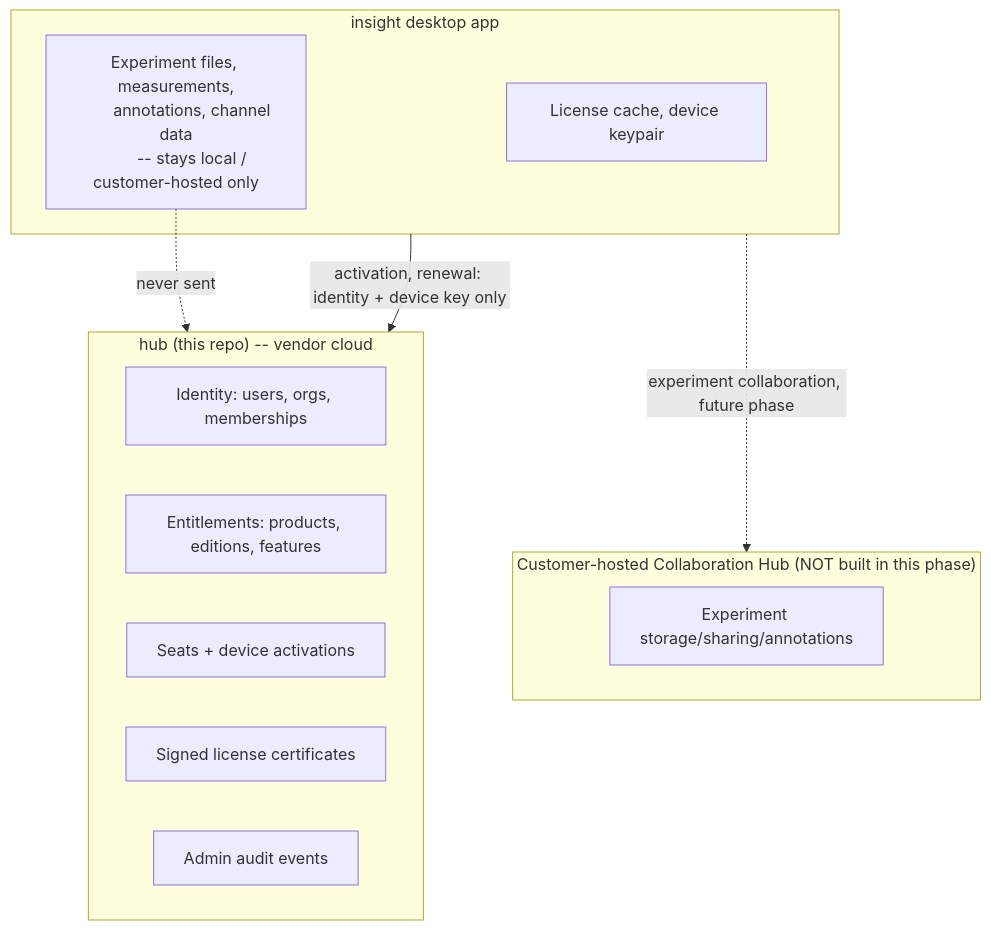
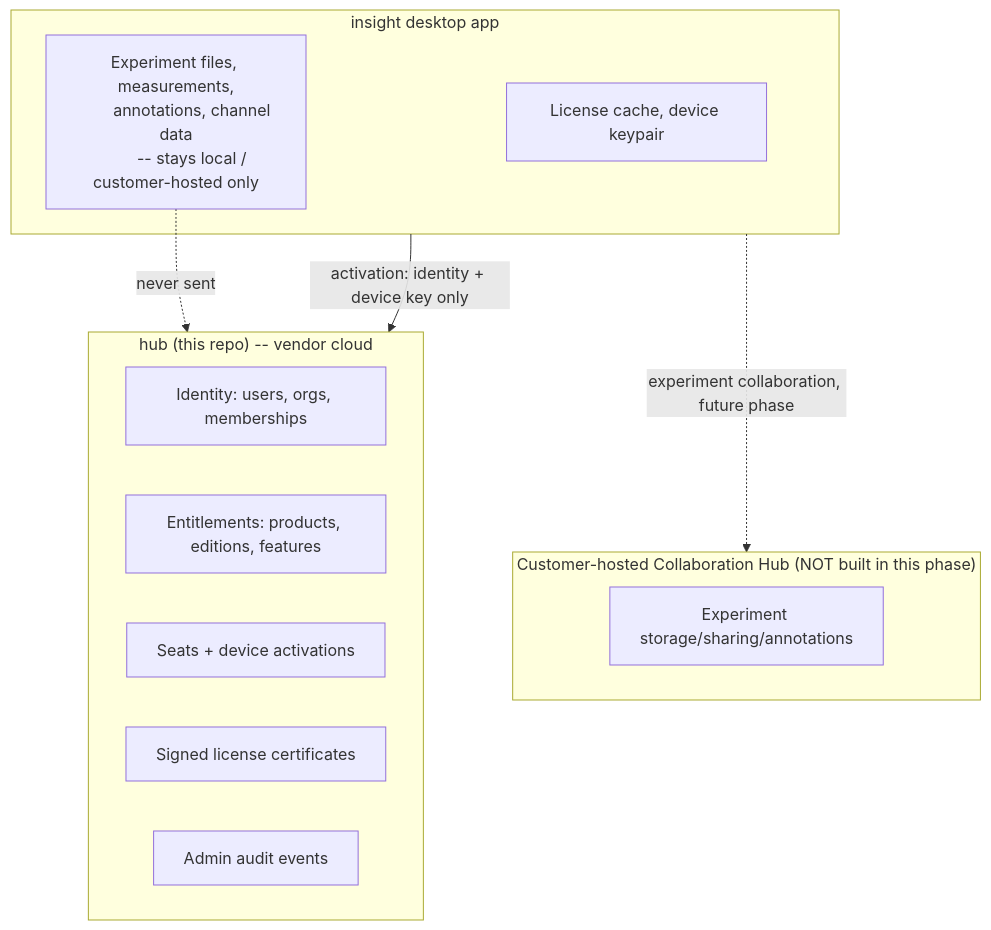
One commit to MiguelQr/deepvac-hub changed the diagram in docs/privacy.md. Above: the diagram before and after it, drawn with Mermaid. The commit also changed 24 other files, not shown here.

````diff
--- a/docs/privacy.md
+++ b/docs/privacy.md
@@ -14,25 +14,25 @@
 ```mermaid
 flowchart TB
     subgraph Desktop["insight desktop app"]
         Exp[Experiment files, measurements,
         annotations, channel data
         -- stays local / customer-hosted only]
         Lic[License cache, device keypair]
     end
 
     subgraph Cloud["hub (this repo) -- vendor cloud"]
         Idn[Identity: users, orgs, memberships]
         Ent[Entitlements: products, editions, features]
         Seat[Seats + device activations]
         Cert[Signed license certificates]
         Aud[Admin audit events]
     end
 
     subgraph FutureHub["Customer-hosted Collaboration Hub (NOT built in this phase)"]
         CExp[Experiment storage/sharing/annotations]
     end
 
-    Desktop -- "activation, renewal: identity + device key only" --> Cloud
+    Desktop -- "activation: identity + device key only" --> Cloud
     Exp -. never sent .-> Cloud
     Desktop -. "experiment collaboration, future phase" .-> FutureHub
 ```
````
